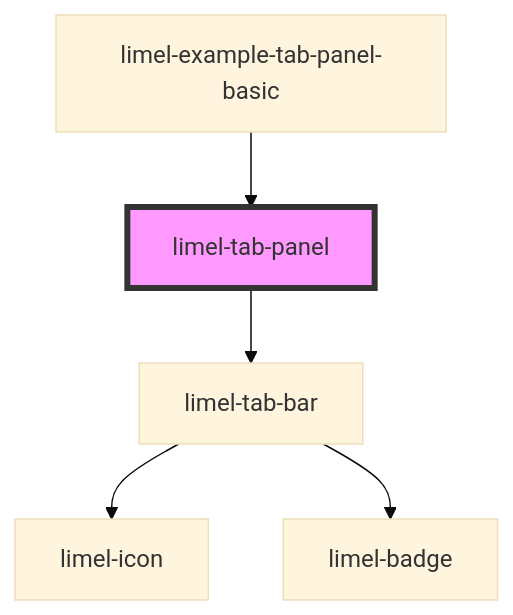
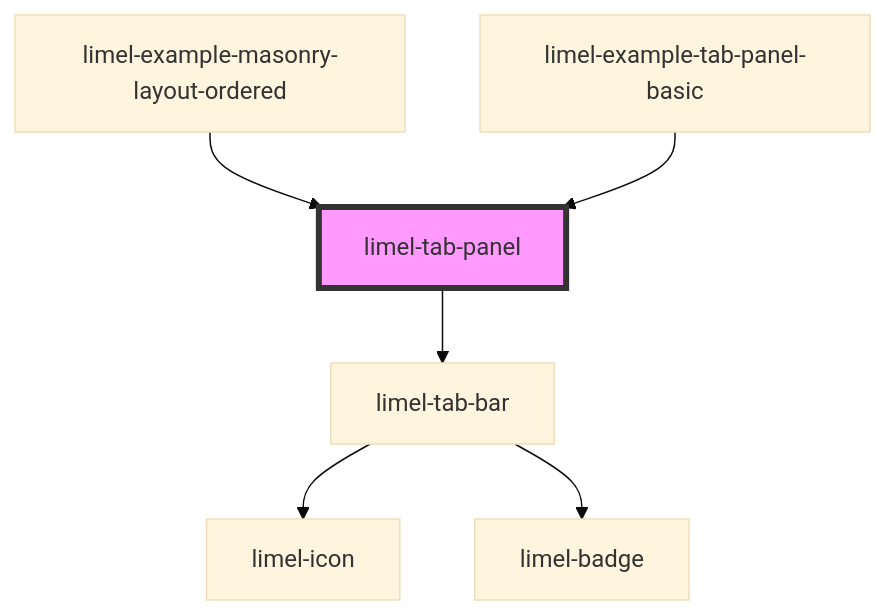
The diagram in versions/PR-3986/markdown-docs/components/tab-panel/readme.md (Lundalogik/lime-elements), drawn with Mermaid (base theme) before and after one commit. The commit also changed other lines of this file and 196 other files, not shown here.

````diff
--- a/versions/PR-3986/markdown-docs/components/tab-panel/readme.md
+++ b/versions/PR-3986/markdown-docs/components/tab-panel/readme.md
@@ -53,8 +54,9 @@
 ```mermaid
 graph TD;
   limel-tab-panel --> limel-tab-bar
   limel-tab-bar --> limel-icon
   limel-tab-bar --> limel-badge
+  limel-example-masonry-layout-ordered --> limel-tab-panel
   limel-example-tab-panel-basic --> limel-tab-panel
   style limel-tab-panel fill:#f9f,stroke:#333,stroke-width:4px
 ```
````
